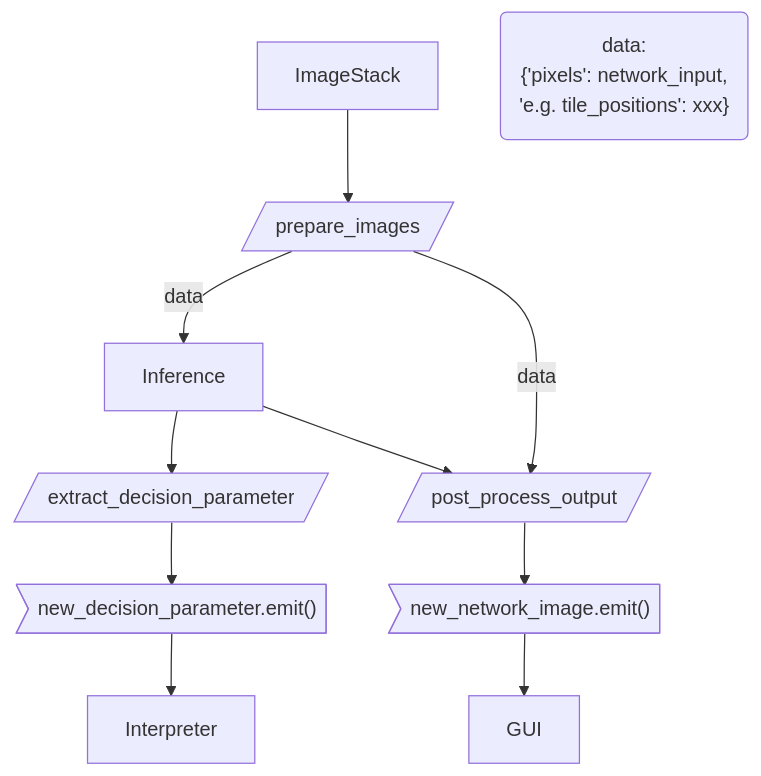
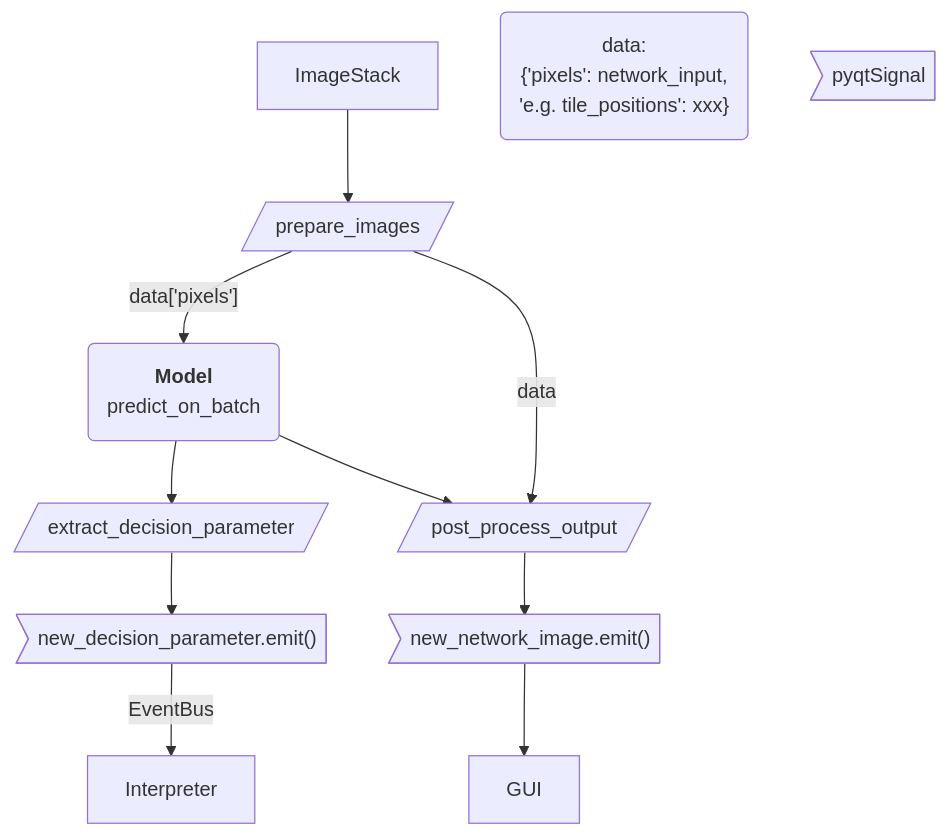
Before and after one commit to LEB-EPFL/eda_plugin: the second of 2 diagrams in docs/source/custom_networks.rst, drawn with Mermaid. The commit also changed other lines of this file and 5 other files, not shown here.

```diff
--- a/docs/source/custom_networks.rst
+++ b/docs/source/custom_networks.rst
@@ -27,8 +33,11 @@
 .. mermaid::
 
     flowchart TB
-        ImageStack --> prep[/prepare_images/] -- data --> Inference
+        ImageStack --> prep[/prepare_images/] -- "data['pixels']" --> Inference
         data("data:<br> {'pixels': network_input,<br> 'e.g. tile_positions': xxx}")
-        Inference --> extr[/extract_decision_parameter/] -->   ev1>"new_decision_parameter.emit()"] --> Interpreter
+        event>pyqtSignal]
+        Inference --> extr[/extract_decision_parameter/] -->   ev1>"new_decision_parameter.emit()"]
+        --EventBus --> Interpreter
         Inference --> post[/post_process_output/] --> ev2>"new_network_image.emit()"] --> GUI
+        Inference(<b>Model</b><br>predict_on_batch)
         prep -- data --> post
```
